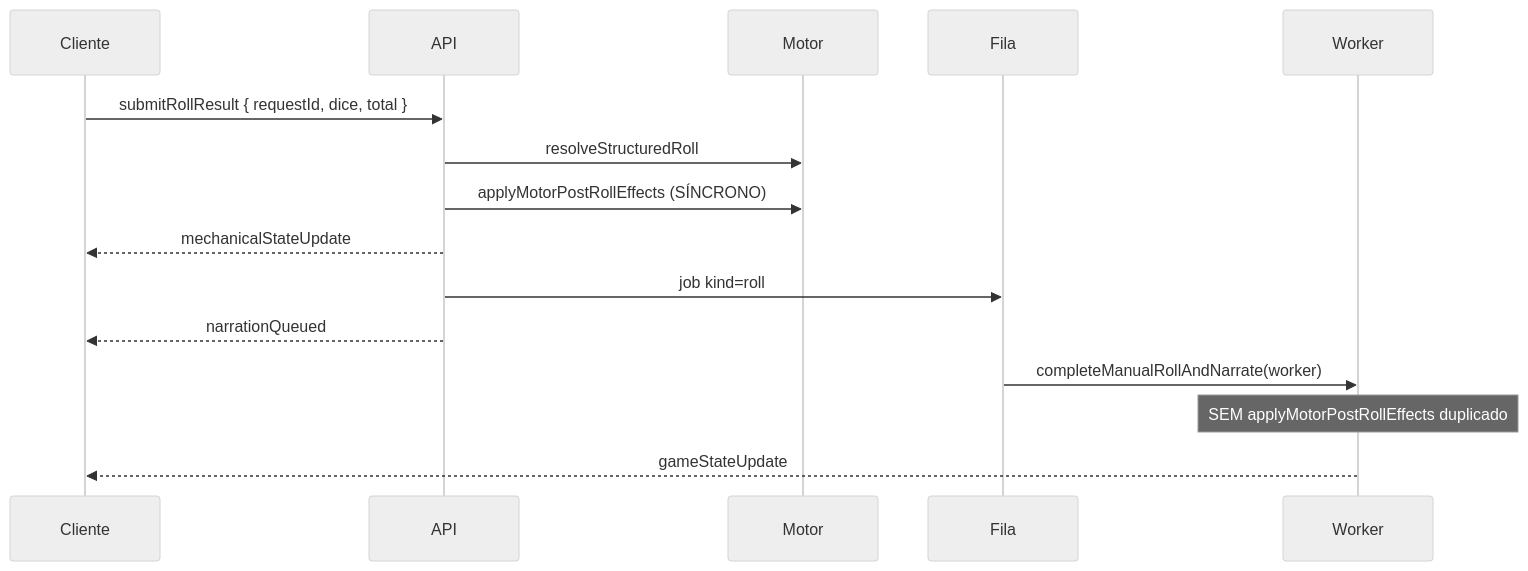
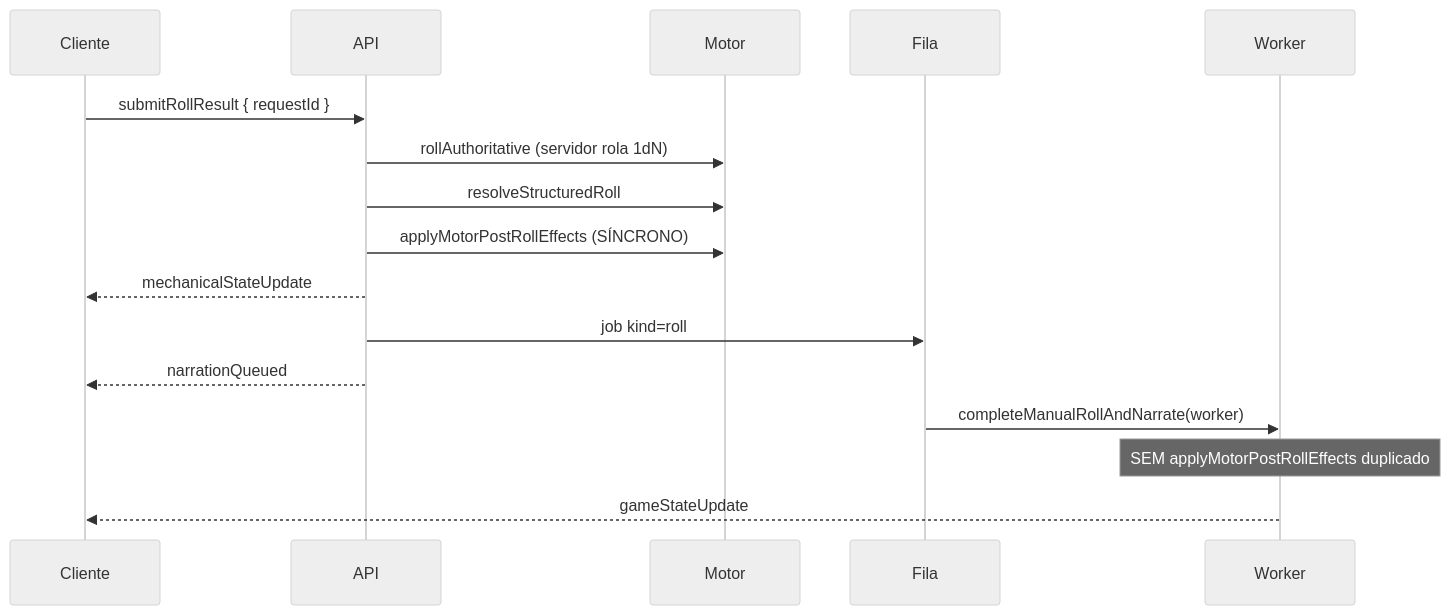
One commit to edsoncantuaria/dndai changed the sixth of 11 diagrams in docs/ECOSSISTEMA.md. Above: the diagram before and after it, drawn with Mermaid (neutral theme). The commit also changed other lines of this file and 224 other files, not shown here.

````diff
--- a/docs/ECOSSISTEMA.md
+++ b/docs/ECOSSISTEMA.md
@@ -235,18 +277,19 @@
 ```mermaid
 sequenceDiagram
     participant C as Cliente
     participant WS as API
     participant R as Motor
     participant Q as Fila
     participant W as Worker
 
-    C->>WS: submitRollResult { requestId, dice, total }
+    C->>WS: submitRollResult { requestId }
+    WS->>R: rollAuthoritative (servidor rola 1dN)
     WS->>R: resolveStructuredRoll
     WS->>R: applyMotorPostRollEffects (SÍNCRONO)
     WS-->>C: mechanicalStateUpdate
     WS->>Q: job kind=roll
     WS-->>C: narrationQueued
     Q->>W: completeManualRollAndNarrate(worker)
     Note over W: SEM applyMotorPostRollEffects duplicado
     W-->>C: gameStateUpdate
 ```
````
